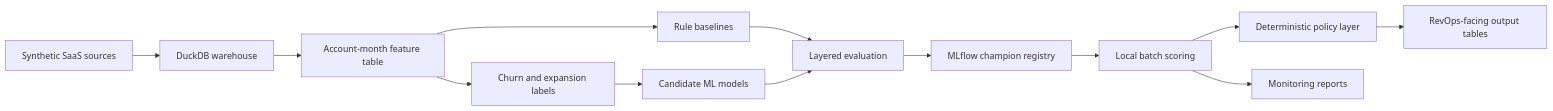
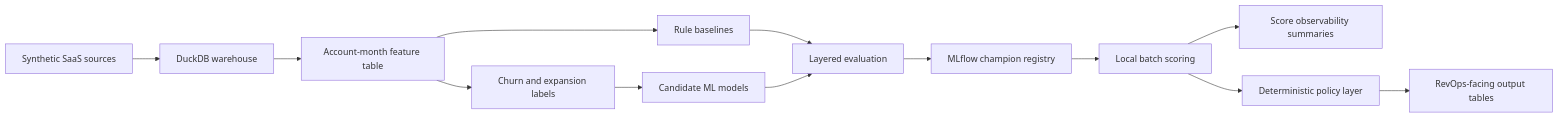
One commit to jack-murphy-DSProjects/product-growth changed the diagram in docs/architecture.md. Above: the diagram before and after it, drawn with Mermaid. The commit also changed other lines of this file and 7 other files, not shown here.

Commit message:
document package 9 score observability contract

````diff
--- a/docs/architecture.md
+++ b/docs/architecture.md
@@ -11,15 +11,15 @@
 ```mermaid
 flowchart LR
     A[Synthetic SaaS sources] --> B[DuckDB warehouse]
     B --> C[Account-month feature table]
     C --> D[Churn and expansion labels]
     C --> E[Rule baselines]
     D --> F[Candidate ML models]
     E --> G[Layered evaluation]
     F --> G
     G --> H[MLflow champion registry]
     H --> I[Local batch scoring]
+    I --> L[Score observability summaries]
     I --> J[Deterministic policy layer]
     J --> K[RevOps-facing output tables]
-    I --> L[Monitoring reports]
 ```
````
